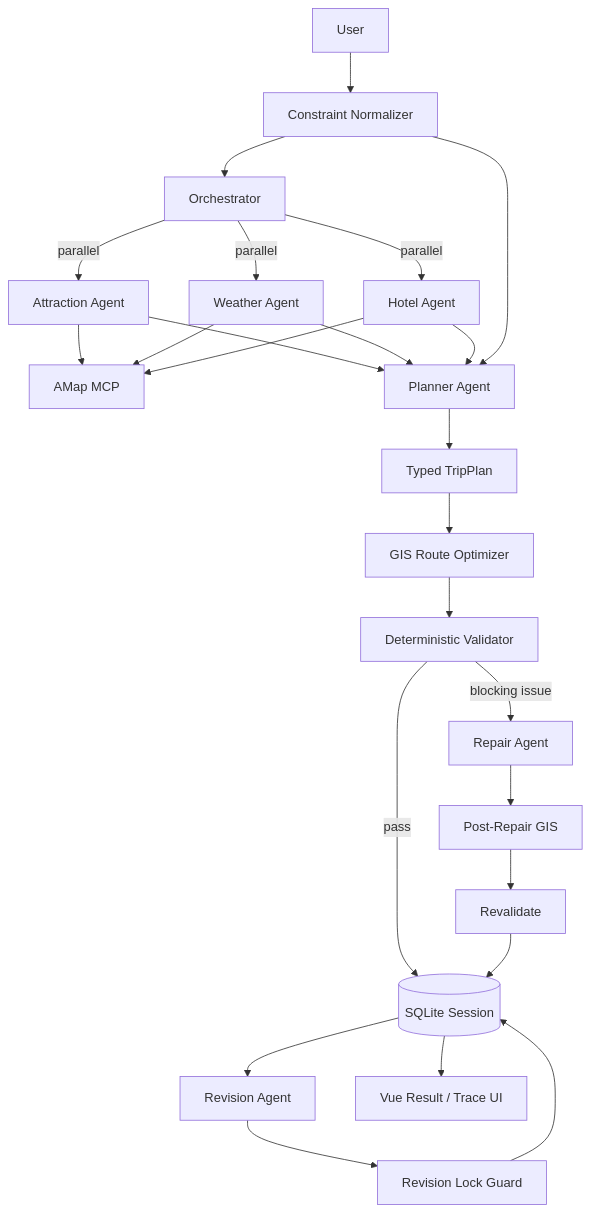
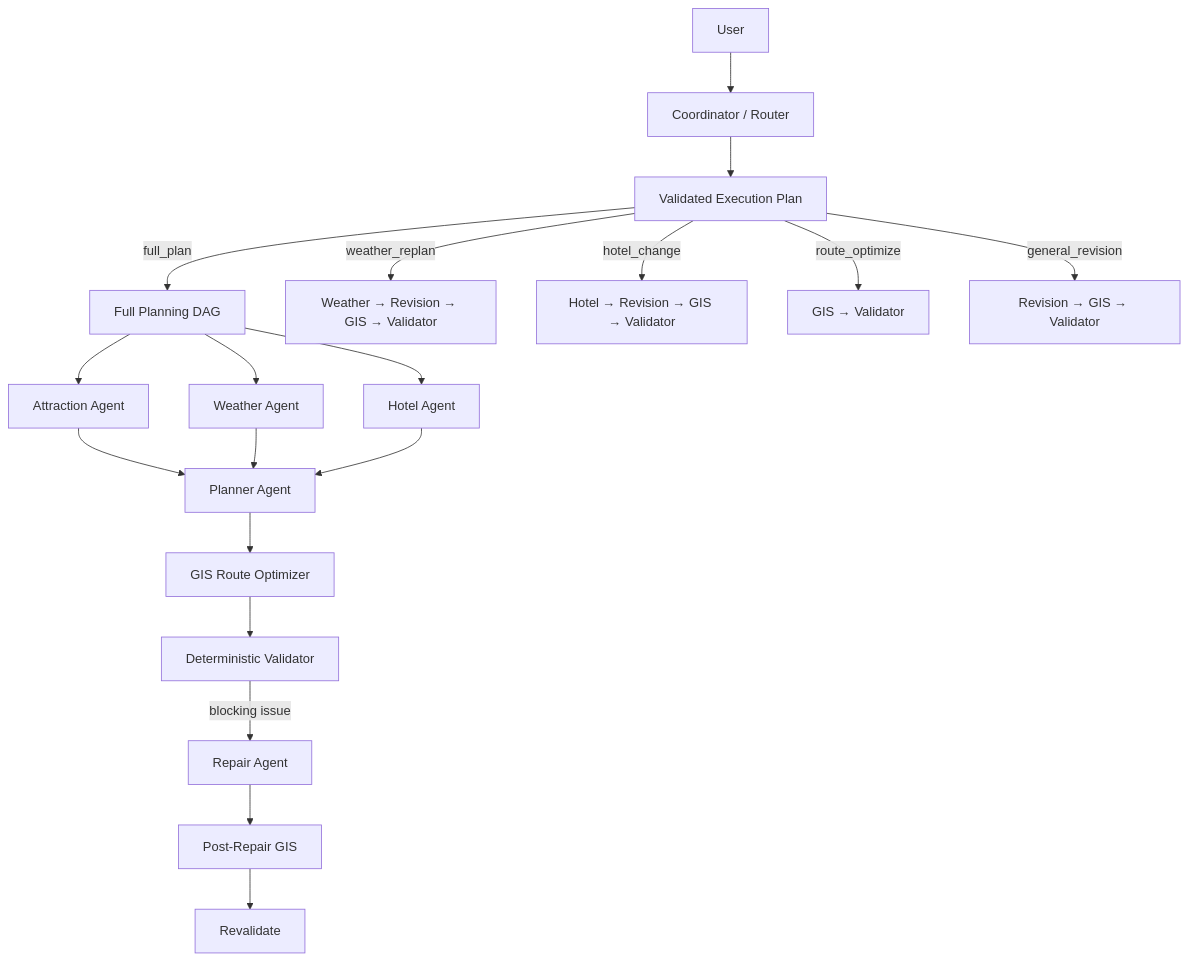
The diagram in README.md (geomini1989-cpu/helloagents-trip-planner), drawn with Mermaid before and after one commit. The commit also changed other lines of this file, not shown here.

Commit message:
docs: add dynamic multi-agent coordinator to README

````diff
--- a/README.md
+++ b/README.md
@@ -32,34 +36,23 @@
 ```mermaid
 flowchart TD
-    U[User] --> C[Constraint Normalizer]
-    C --> O[Orchestrator]
+    U[User] --> C[Coordinator / Router]
+    C --> EP[Validated Execution Plan]
 
-    O -->|parallel| A[Attraction Agent]
-    O -->|parallel| W[Weather Agent]
-    O -->|parallel| H[Hotel Agent]
+    EP -->|full_plan| FULL[Full Planning DAG]
+    EP -->|weather_replan| WFLOW[Weather → Revision → GIS → Validator]
+    EP -->|hotel_change| HFLOW[Hotel → Revision → GIS → Validator]
+    EP -->|route_optimize| RFLOW[GIS → Validator]
+    EP -->|general_revision| REVFLOW[Revision → GIS → Validator]
 
-    A --> MCP[AMap MCP]
-    W --> MCP
-    H --> MCP
-
+    FULL --> A[Attraction Agent]
+    FULL --> W[Weather Agent]
+    FULL --> H[Hotel Agent]
     A --> P[Planner Agent]
     W --> P
     H --> P
-    C --> P
-
-    P --> T[Typed TripPlan]
-    T --> GIS[GIS Route Optimizer]
+    P --> GIS[GIS Route Optimizer]
     GIS --> V[Deterministic Validator]
-
-    V -->|pass| DB[(SQLite Session)]
     V -->|blocking issue| R[Repair Agent]
     R --> GIS2[Post-Repair GIS]
     GIS2 --> V2[Revalidate]
-    V2 --> DB
-
-    DB --> REV[Revision Agent]
-    REV --> LG[Revision Lock Guard]
-    LG --> DB
-
-    DB --> FE[Vue Result / Trace UI]
 ```
````
